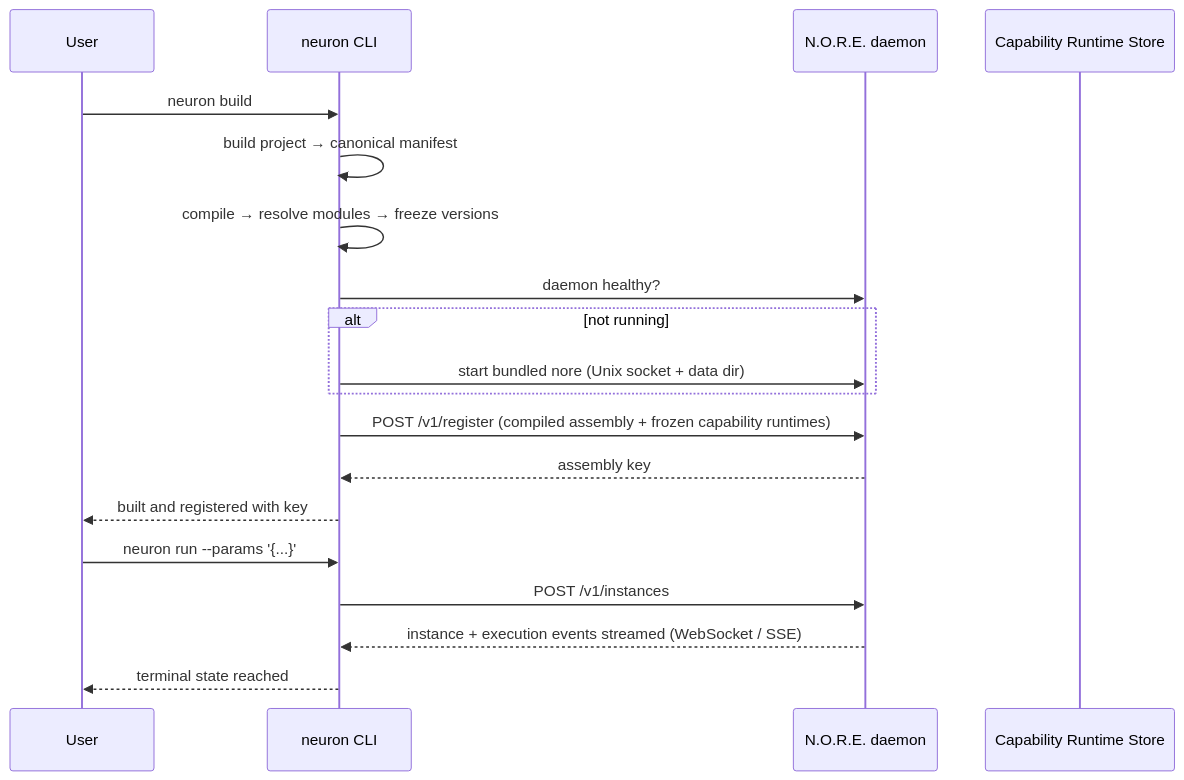
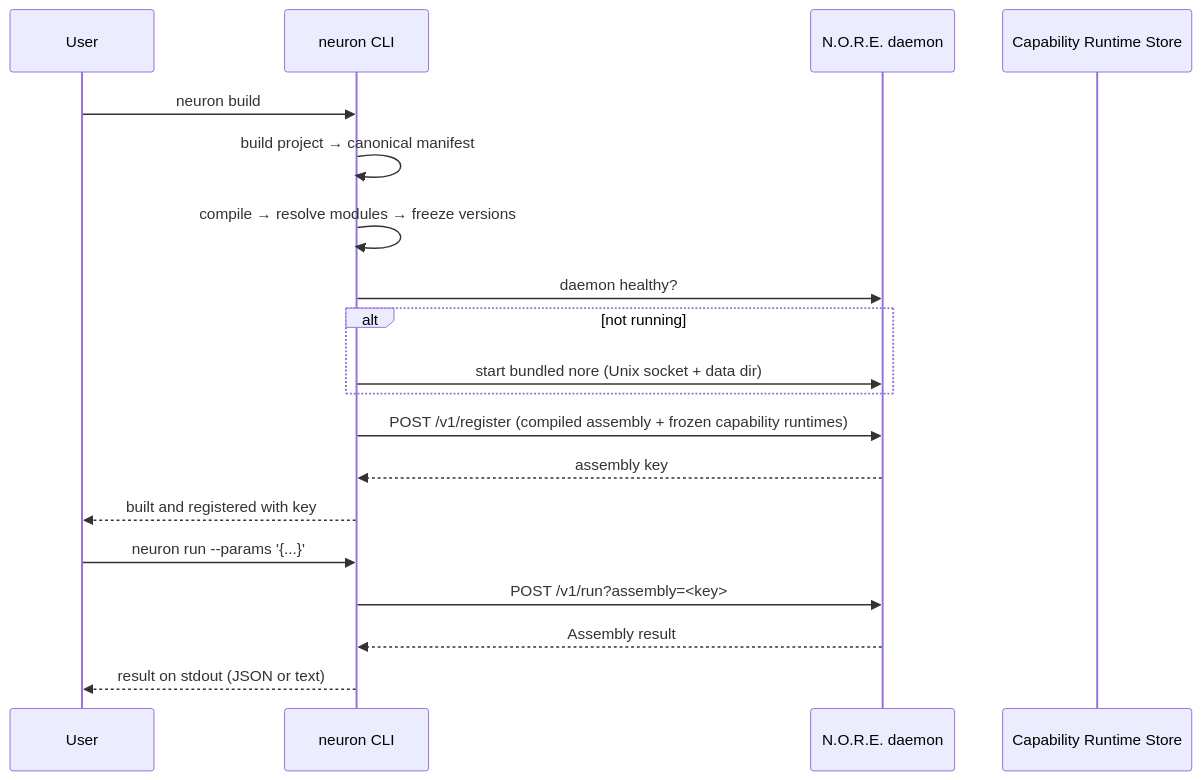
The first of 2 diagrams in application/README.md (neuron-runtime/neuron), drawn with Mermaid before and after one commit. The commit also changed other lines of this file and 10 other files, not shown here.

First line of the commit message:
feat(api): add synchronous POST /v1/run execution facade

````diff
--- a/application/README.md
+++ b/application/README.md
@@ -10,23 +10,23 @@
 ```mermaid
 sequenceDiagram
     participant U as User
     participant C as neuron CLI
     participant D as N.O.R.E. daemon
     participant S as Capability Runtime Store
 
     U->>C: neuron build
     C->>C: build project → canonical manifest
     C->>C: compile → resolve modules → freeze versions
     C->>D: daemon healthy?
     alt not running
         C->>D: start bundled nore (Unix socket + data dir)
     end
     C->>D: POST /v1/register (compiled assembly + frozen capability runtimes)
     D-->>C: assembly key
     C-->>U: built and registered with key
 
     U->>C: neuron run --params '{...}'
-    C->>D: POST /v1/instances
-    D-->>C: instance + execution events streamed (WebSocket / SSE)
-    C-->>U: terminal state reached
+    C->>D: POST /v1/run?assembly=<key>
+    D-->>C: Assembly result
+    C-->>U: result on stdout (JSON or text)
 ```
````
